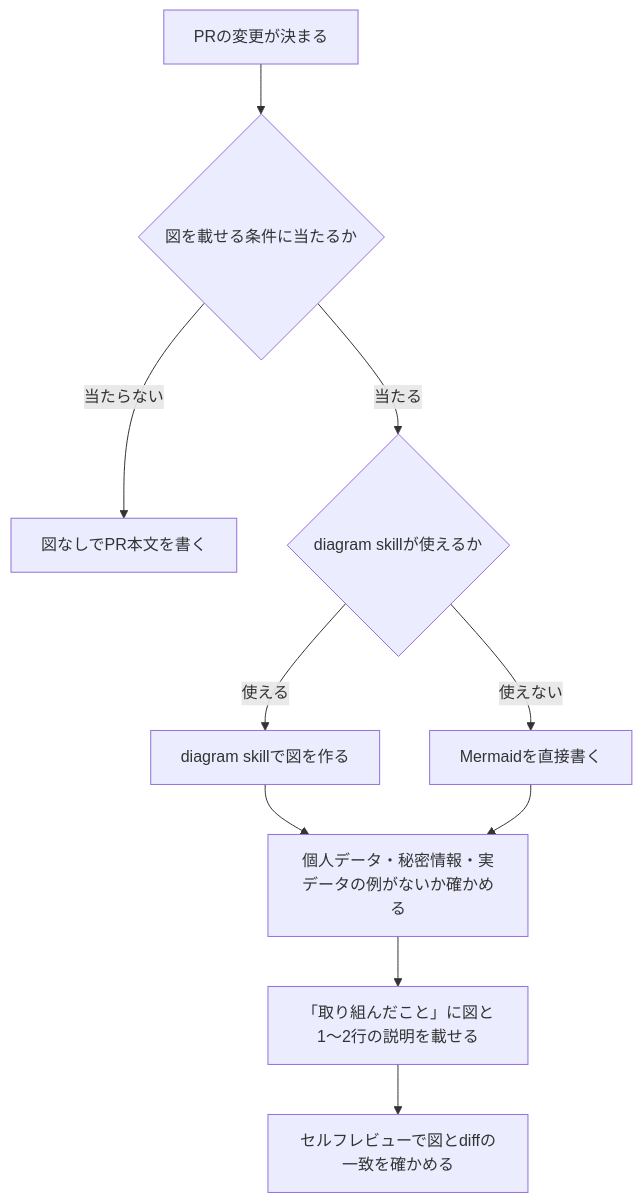
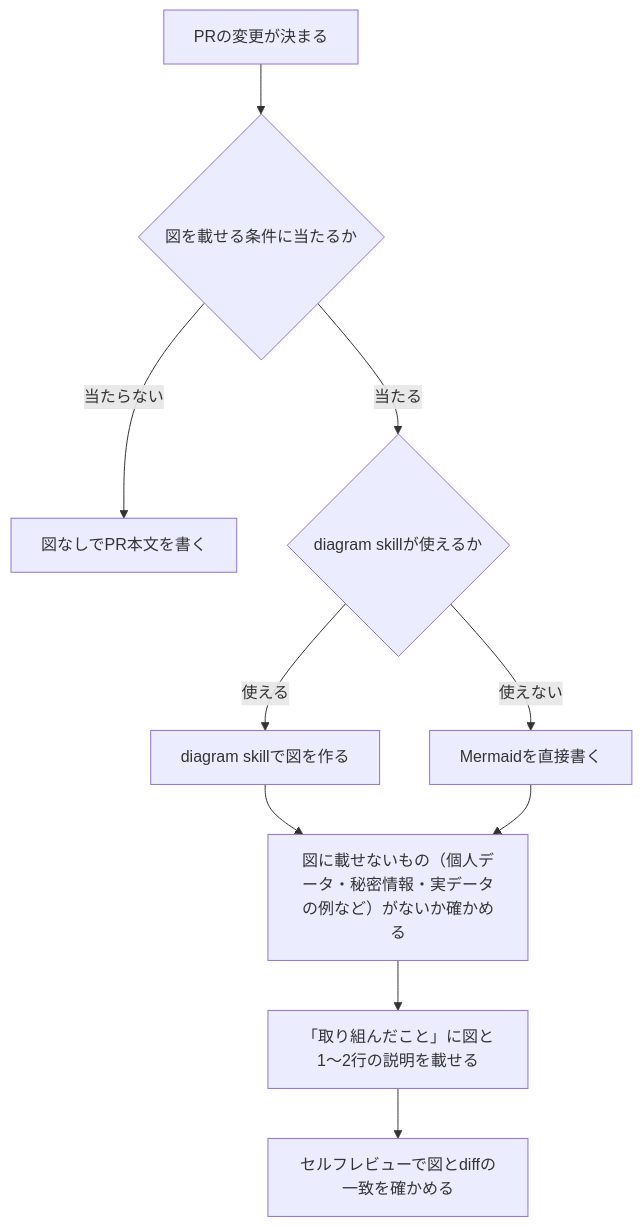
The diagram in docs/implementation-plans/2026-10-08-task-022-diagram-in-pr.md (FujieMasaki/fod-app), drawn with Mermaid before and after one commit. The commit also changed other lines of this file, not shown here.

Commit message:
docs(task-022): Planの更新文書と図の確かめる項目を直す

````diff
--- a/docs/implementation-plans/2026-10-08-task-022-diagram-in-pr.md
+++ b/docs/implementation-plans/2026-10-08-task-022-diagram-in-pr.md
@@ -73,12 +73,12 @@
 ```mermaid
 flowchart TD
   A[PRの変更が決まる] --> B{図を載せる条件に当たるか}
   B -- 当たらない --> C[図なしでPR本文を書く]
   B -- 当たる --> D{diagram skillが使えるか}
   D -- 使える --> E[diagram skillで図を作る]
   D -- 使えない --> F[Mermaidを直接書く]
-  E --> G[個人データ・秘密情報・実データの例がないか確かめる]
+  E --> G[図に載せないもの（個人データ・秘密情報・実データの例など）がないか確かめる]
   F --> G
   G --> H[「取り組んだこと」に図と1〜2行の説明を載せる]
   H --> I[セルフレビューで図とdiffの一致を確かめる]
 ```
````
